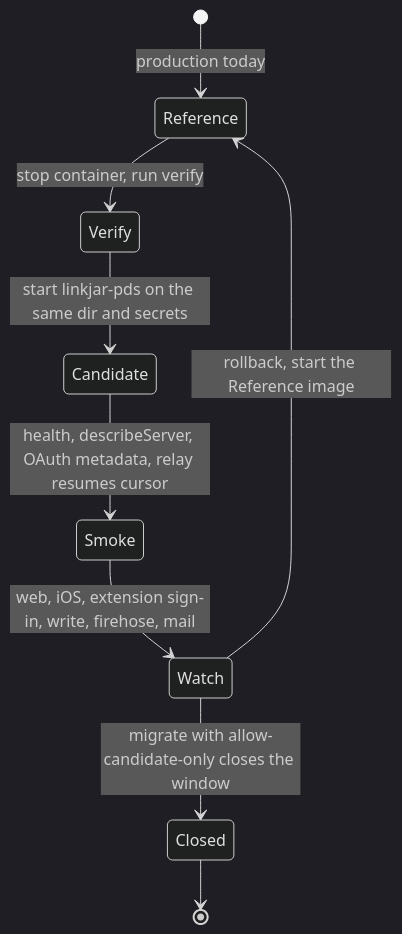
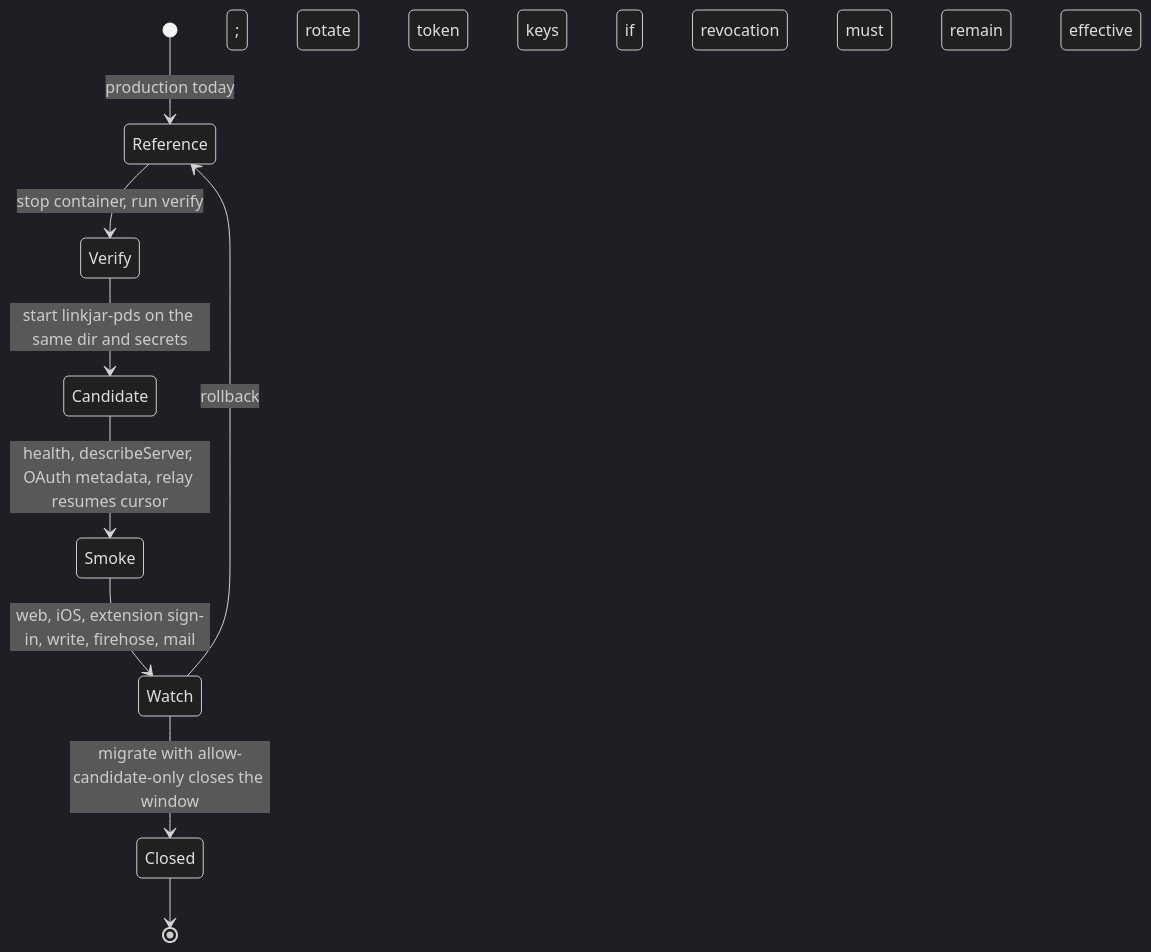
One commit to linkjar/pds changed the diagram in docs/architecture/diagrams/17-cutover.mmd. Above: the diagram before and after it, drawn with Mermaid (dark theme). The commit also changed 272 other files, not shown here.

```diff
--- a/docs/architecture/diagrams/17-cutover.mmd
+++ b/docs/architecture/diagrams/17-cutover.mmd
@@ -1,9 +1,9 @@
 stateDiagram-v2
   [*] --> Reference: production today
   Reference --> Verify: stop container, run verify
   Verify --> Candidate: start linkjar-pds on the same dir and secrets
   Candidate --> Smoke: health, describeServer, OAuth metadata, relay resumes cursor
   Smoke --> Watch: web, iOS, extension sign-in, write, firehose, mail
-  Watch --> Reference: rollback, start the Reference image
+  Watch --> Reference: rollback; rotate token keys if revocation must remain effective
   Watch --> Closed: migrate with allow-candidate-only closes the window
   Closed --> [*]
```
